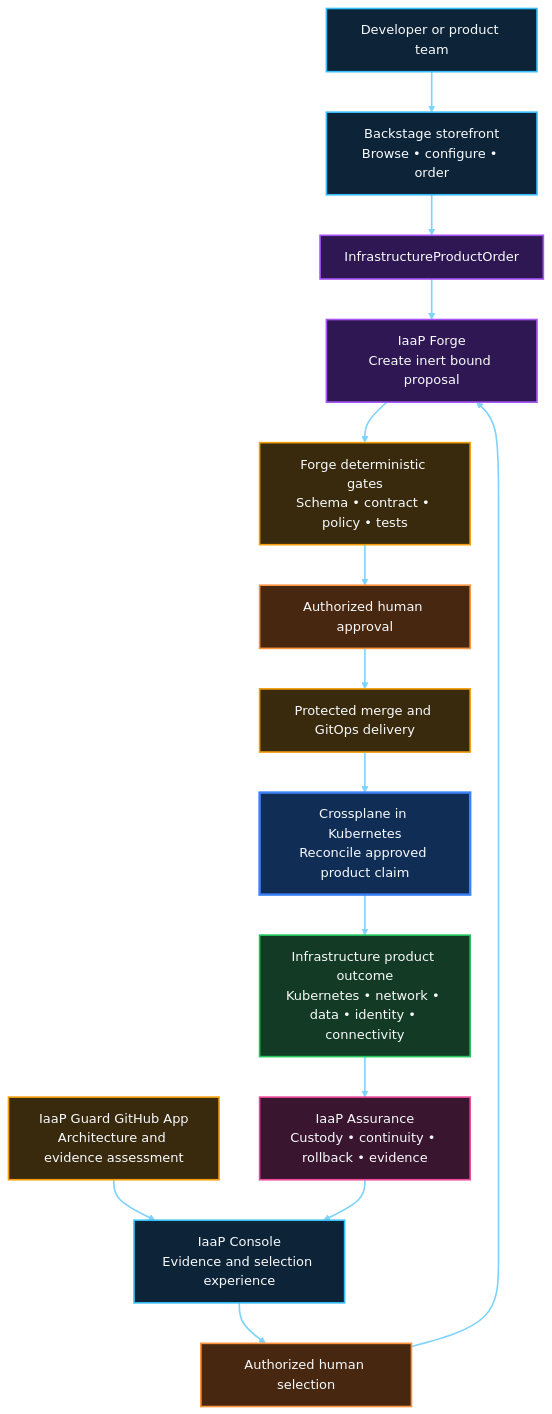
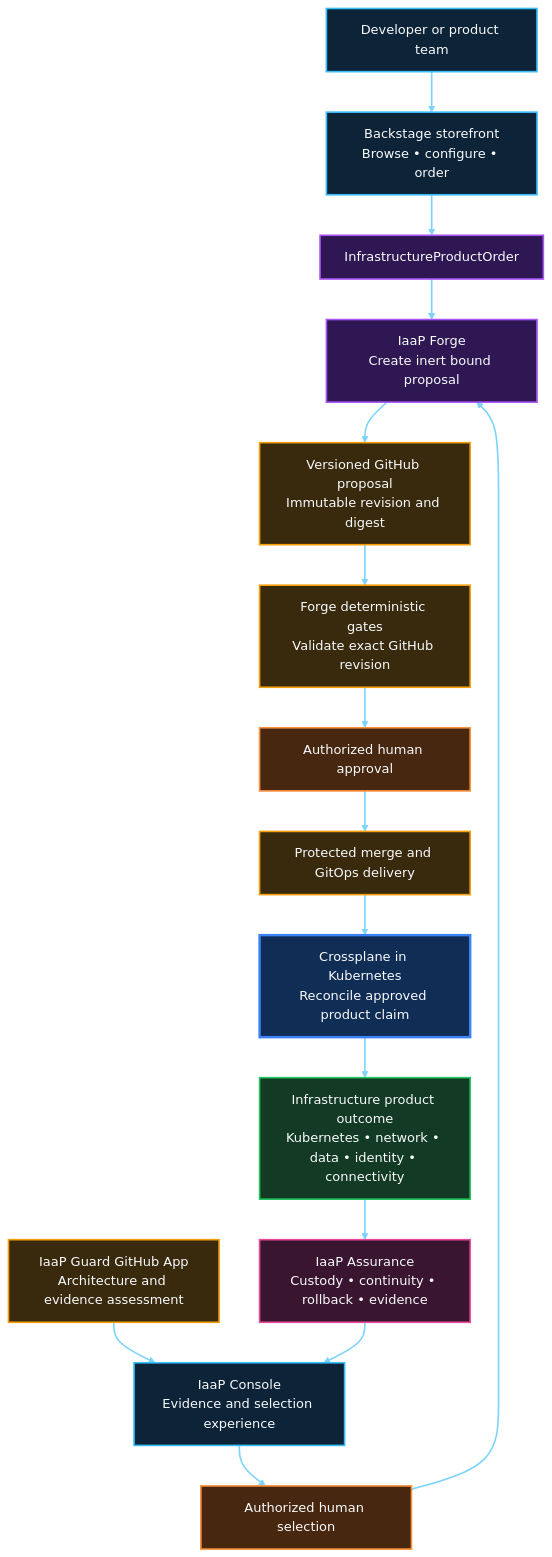
Before and after one commit to InfrastructureProductWorks/ai-powered-infrastructure-as-a-product: the first of 5 diagrams in docs/PRODUCT-ARCHITECTURE.md, drawn with Mermaid. The commit also changed other lines of this file, not shown here.

Commit message:
docs: validate exact GitHub revision before approval

````diff
--- a/docs/PRODUCT-ARCHITECTURE.md
+++ b/docs/PRODUCT-ARCHITECTURE.md
@@ -10,47 +10,49 @@
 ```mermaid
 flowchart TB
   DEV["Developer or product team"]
   STORE["Backstage storefront<br/>Browse • configure • order"]
   ORDER["InfrastructureProductOrder"]
   GUARD["IaaP Guard GitHub App<br/>Architecture and evidence assessment"]
   CONSOLE["IaaP Console<br/>Evidence and selection experience"]
   SELECT["Authorized human selection"]
   FORGE["IaaP Forge<br/>Create inert bound proposal"]
-  VALIDATE["Forge deterministic gates<br/>Schema • contract • policy • tests"]
+  REVISION["Versioned GitHub proposal<br/>Immutable revision and digest"]
+  VALIDATE["Forge deterministic gates<br/>Validate exact GitHub revision"]
   APPROVE["Authorized human approval"]
   DELIVERY["Protected merge and GitOps delivery"]
   CONTROL["Crossplane in Kubernetes<br/>Reconcile approved product claim"]
   OUTCOME["Infrastructure product outcome<br/>Kubernetes • network • data • identity • connectivity"]
   ASSURE["IaaP Assurance<br/>Custody • continuity • rollback • evidence"]
 
   DEV --> STORE
   STORE --> ORDER
   GUARD --> CONSOLE
   CONSOLE --> SELECT
   ORDER --> FORGE
   SELECT --> FORGE
-  FORGE --> VALIDATE
+  FORGE --> REVISION
+  REVISION --> VALIDATE
   VALIDATE --> APPROVE
   APPROVE --> DELIVERY
   DELIVERY --> CONTROL
   CONTROL --> OUTCOME
   OUTCOME --> ASSURE
   ASSURE --> CONSOLE
 
   classDef experience fill:#0D2438,stroke:#38BDF8,stroke-width:2px,color:#F8FAFC
   classDef product fill:#2E1752,stroke:#A855F7,stroke-width:2px,color:#F8FAFC
   classDef governance fill:#3A2A0D,stroke:#F59E0B,stroke-width:2px,color:#F8FAFC
   classDef human fill:#47270F,stroke:#FB923C,stroke-width:2px,color:#F8FAFC
   classDef control fill:#102D55,stroke:#3B82F6,stroke-width:3px,color:#F8FAFC
   classDef outcome fill:#123A24,stroke:#22C55E,stroke-width:2px,color:#F8FAFC
   classDef evidence fill:#3A1530,stroke:#EC4899,stroke-width:2px,color:#F8FAFC
   class DEV,STORE,CONSOLE experience
   class ORDER,FORGE product
-  class GUARD,VALIDATE governance
+  class GUARD,REVISION,VALIDATE governance
   class SELECT,APPROVE human
   class DELIVERY governance
   class CONTROL control
   class OUTCOME outcome
   class ASSURE evidence
   linkStyle default stroke:#7DD3FC,stroke-width:2px
 ```
````
